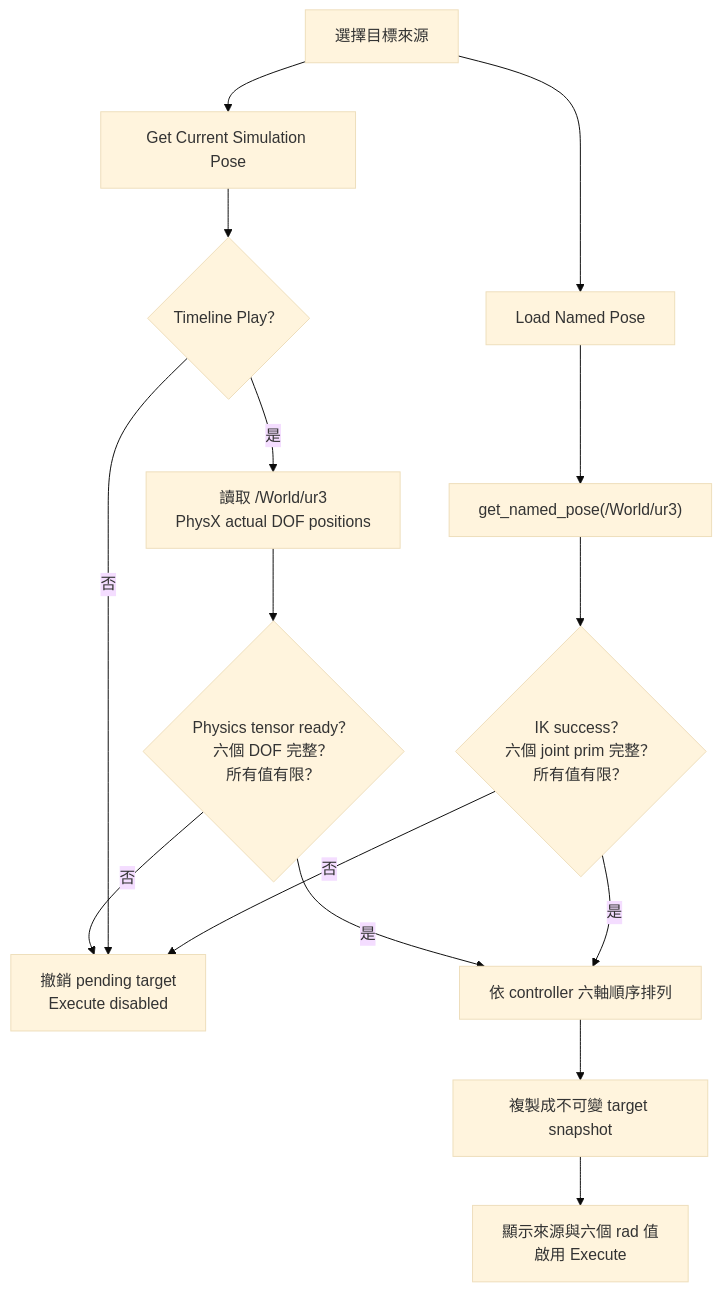
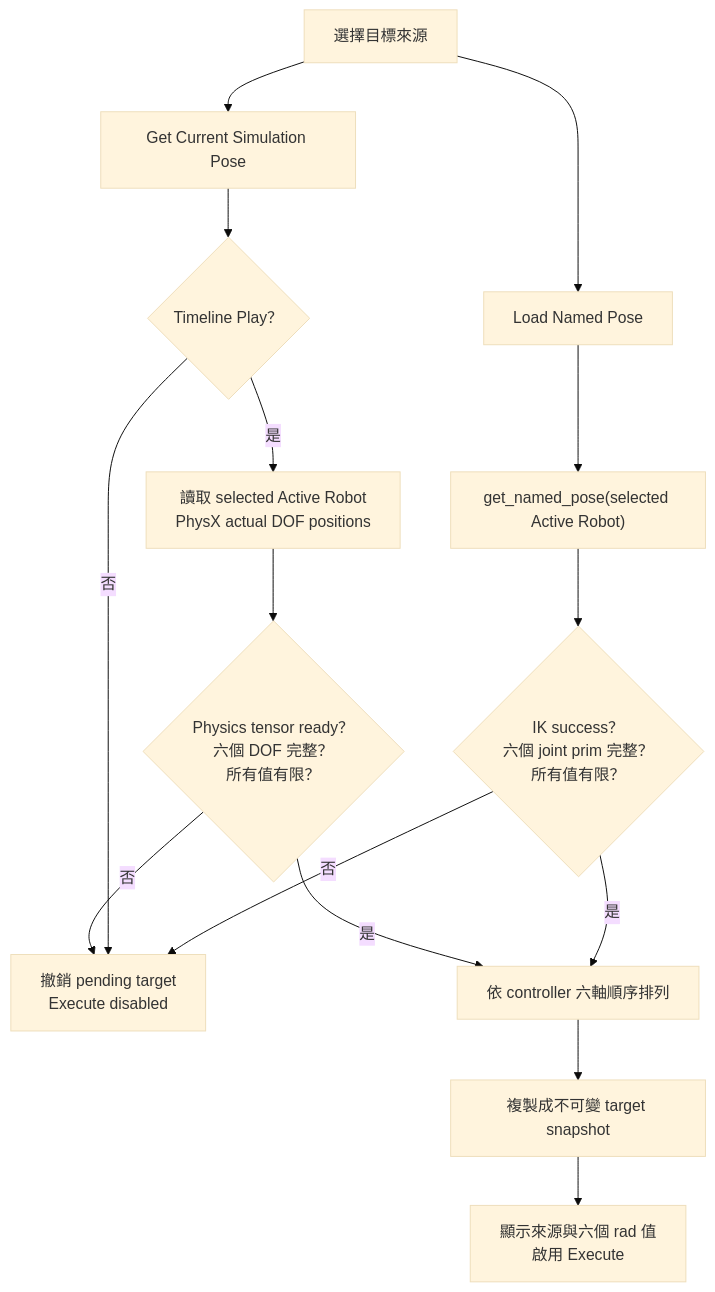
Before and after one commit to WeiChanHo/omni-isaac-ur3-sync: the third of 5 diagrams in README.md, drawn with Mermaid (base theme). The commit also changed other lines of this file and 6 other files, not shown here.

Commit message:
feat: select active robot

````diff
--- a/README.md
+++ b/README.md
@@ -165,20 +169,20 @@
 ```mermaid
 flowchart TD
     Start["選擇目標來源"] --> Named["Load Named Pose"]
     Start --> Current["Get Current Simulation Pose"]
 
-    Named --> Pose["get_named_pose(/World/ur3)"]
+    Named --> Pose["get_named_pose(selected Active Robot)"]
     Pose --> PoseChecks{"IK success？<br/>六個 joint prim 完整？<br/>所有值有限？"}
 
     Current --> Timeline{"Timeline Play？"}
-    Timeline -- 是 --> Physics["讀取 /World/ur3<br/>PhysX actual DOF positions"]
+    Timeline -- 是 --> Physics["讀取 selected Active Robot<br/>PhysX actual DOF positions"]
     Physics --> CurrentChecks{"Physics tensor ready？<br/>六個 DOF 完整？<br/>所有值有限？"}
 
     PoseChecks -- 否 --> Reject["撤銷 pending target<br/>Execute disabled"]
     Timeline -- 否 --> Reject
     CurrentChecks -- 否 --> Reject
     PoseChecks -- 是 --> Normalize["依 controller 六軸順序排列"]
     CurrentChecks -- 是 --> Normalize
     Normalize --> Snapshot["複製成不可變 target snapshot"]
     Snapshot --> Review["顯示來源與六個 rad 值<br/>啟用 Execute"]
 ```
````
